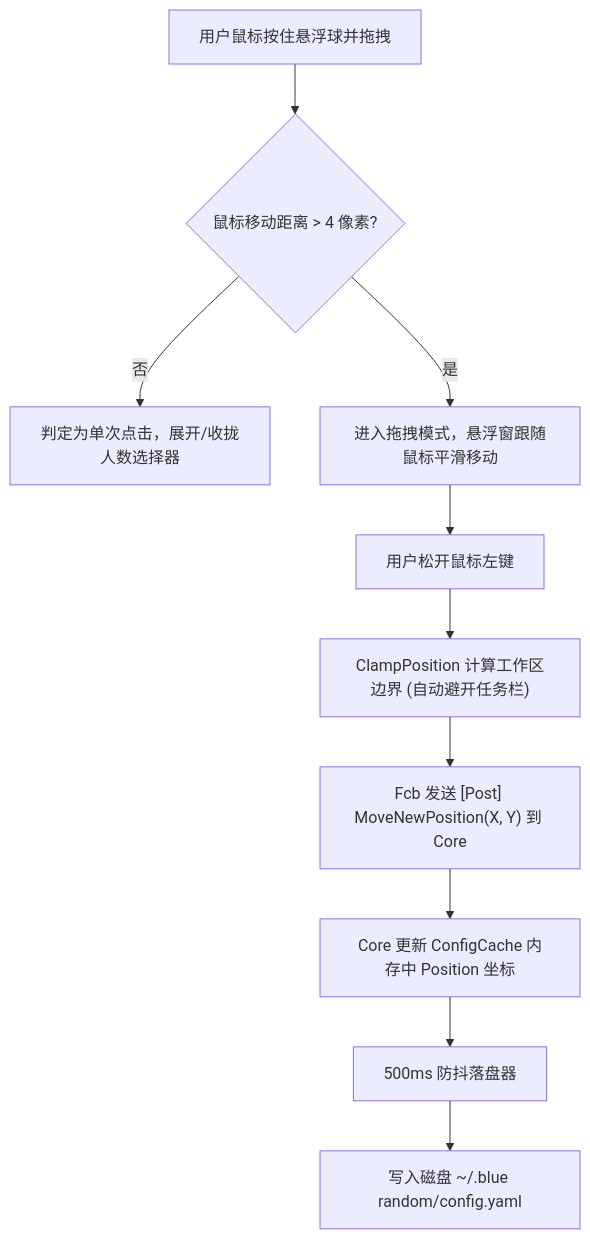
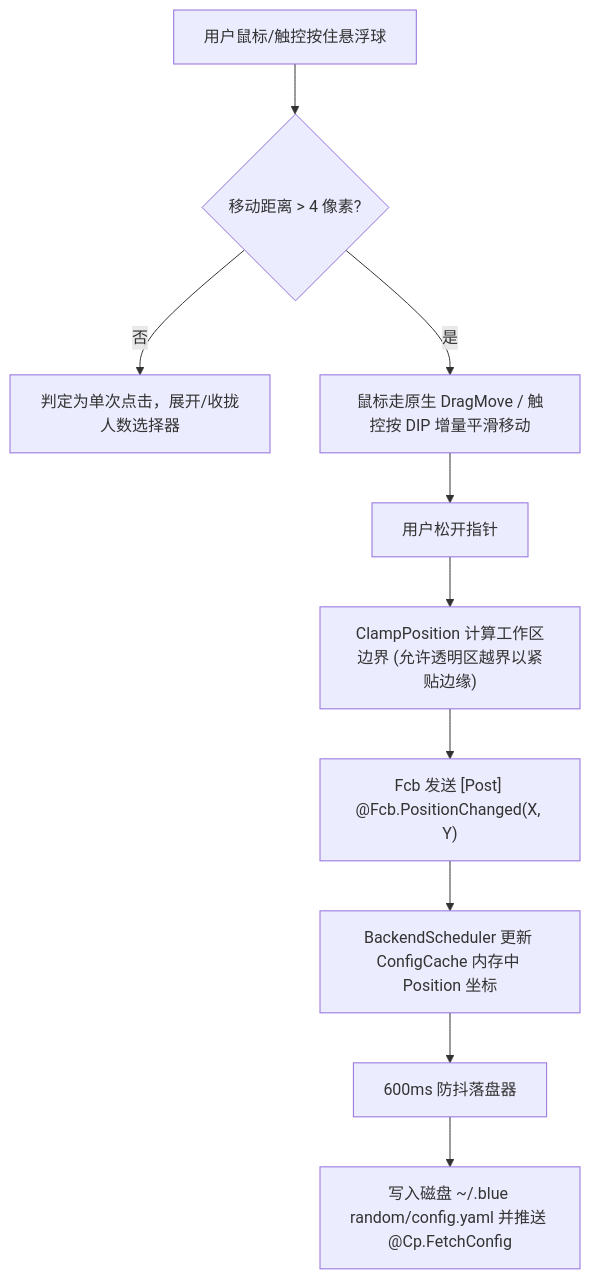
One commit to Yun-Hydrogen/blue-random changed the fourth of 5 diagrams in agents/Architecture.md. Above: the diagram before and after it, drawn with Mermaid. The commit also changed other lines of this file and 31 other files, not shown here.

````diff
--- a/agents/Architecture.md
+++ b/agents/Architecture.md
@@ -229,12 +234,12 @@
 ```mermaid
 flowchart TD
-    Start["用户鼠标按住悬浮球并拖拽"] --> MoveCheck{"鼠标移动距离 > 4 像素?"}
+    Start["用户鼠标/触控按住悬浮球"] --> MoveCheck{"移动距离 > 4 像素?"}
     MoveCheck -- 否 --> Click["判定为单次点击，展开/收拢人数选择器"]
-    MoveCheck -- 是 --> Drag["进入拖拽模式，悬浮窗跟随鼠标平滑移动"]
-    Drag --> Release["用户松开鼠标左键"]
-    Release --> Clamp["ClampPosition 计算工作区边界 (自动避开任务栏)"]
-    Clamp --> SendIpc["Fcb 发送 [Post] MoveNewPosition(X, Y) 到 Core"]
-    SendIpc --> UpdateCache["Core 更新 ConfigCache 内存中 Position 坐标"]
-    UpdateCache --> Debounce["500ms 防抖落盘器"]
-    Debounce --> SaveDisk["写入磁盘 ~/.blue random/config.yaml"]
+    MoveCheck -- 是 --> Drag["鼠标走原生 DragMove / 触控按 DIP 增量平滑移动"]
+    Drag --> Release["用户松开指针"]
+    Release --> Clamp["ClampPosition 计算工作区边界 (允许透明区越界以紧贴边缘)"]
+    Clamp --> SendIpc["Fcb 发送 [Post] @Fcb.PositionChanged(X, Y)"]
+    SendIpc --> UpdateCache["BackendScheduler 更新 ConfigCache 内存中 Position 坐标"]
+    UpdateCache --> Debounce["600ms 防抖落盘器"]
+    Debounce --> SaveDisk["写入磁盘 ~/.blue random/config.yaml 并推送 @Cp.FetchConfig"]
 ```
````
